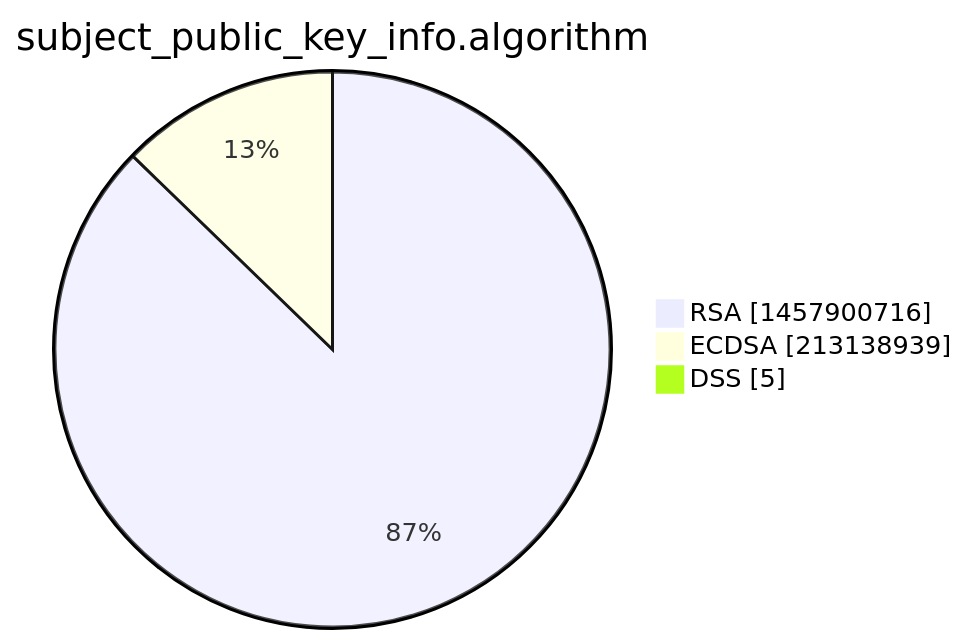
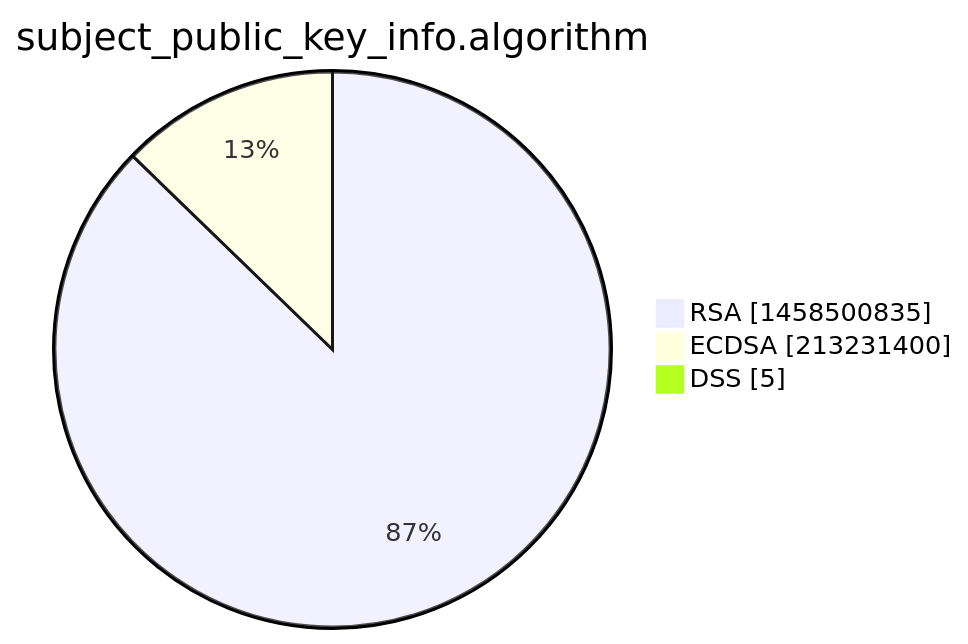
Before and after one commit to christiankrug/ctmonitor_visualization: the third of 15 diagrams in xenon2022/README.md, drawn with Mermaid. The commit also changed other lines of this file, not shown here.

````diff
--- a/xenon2022/README.md
+++ b/xenon2022/README.md
@@ -14,7 +14,7 @@
 ```mermaid
 pie showData
 title subject_public_key_info.algorithm
-"RSA" :1457900716
-"ECDSA" :213138939
+"RSA" :1458500835
+"ECDSA" :213231400
 "DSS" :5
 ```
````
